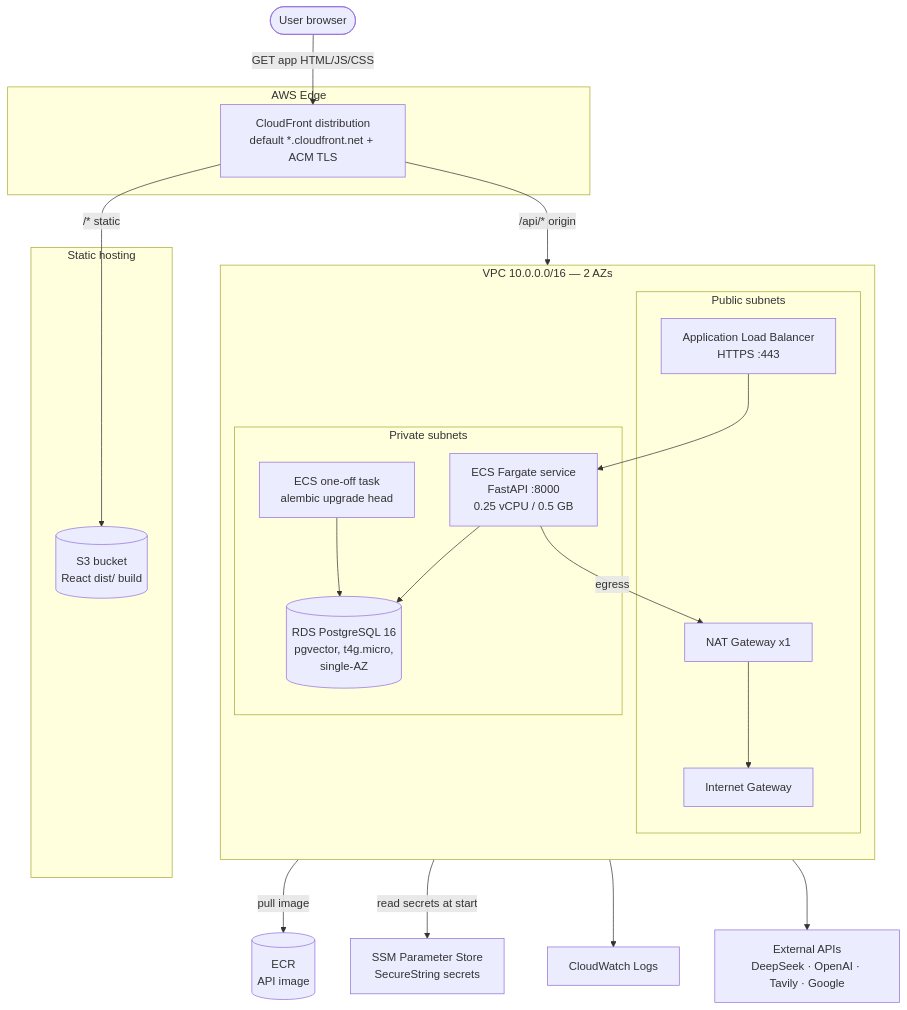
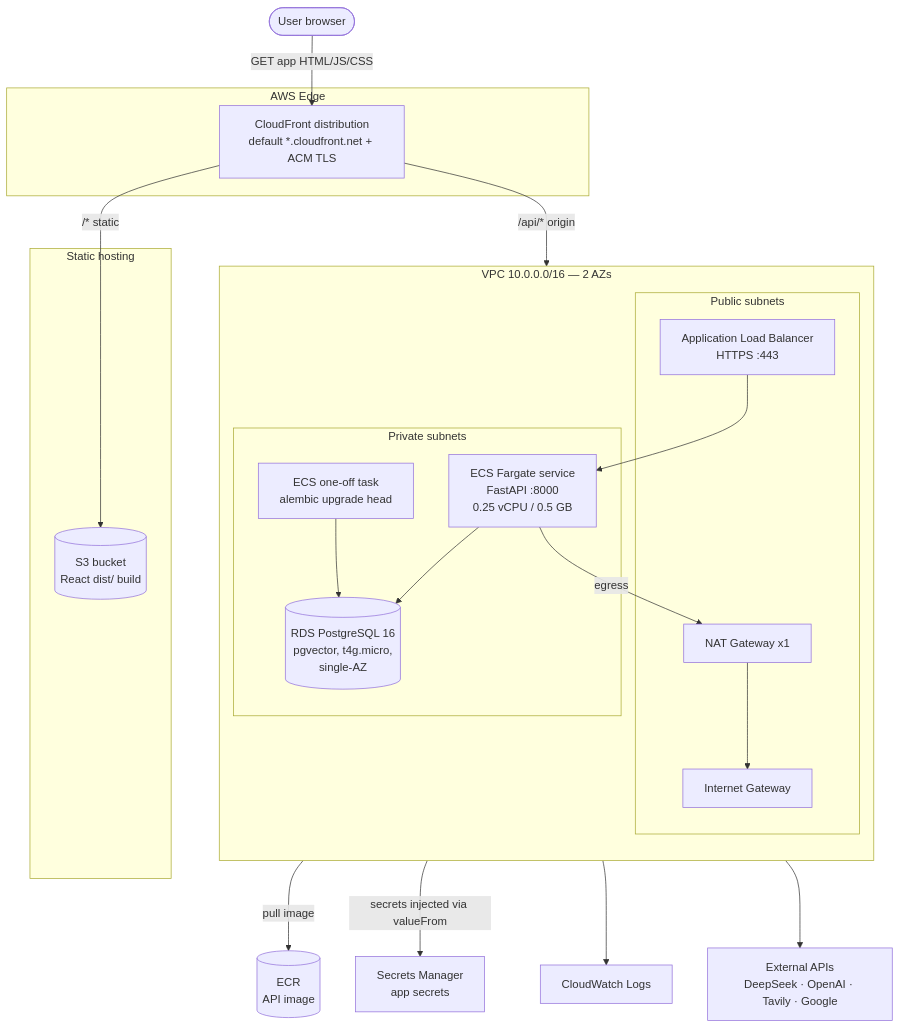
The first of 2 diagrams in docs/DEPLOYMENT_AWS.md (amdhd/aether), drawn with Mermaid before and after one commit. The commit also changed other lines of this file, not shown here.

First line of the commit message:
docs(aws): align DEPLOYMENT_AWS.md with Secrets Manager implementation

````diff
--- a/docs/DEPLOYMENT_AWS.md
+++ b/docs/DEPLOYMENT_AWS.md
@@ -26,42 +26,42 @@
 ```mermaid
 flowchart TB
     user([User browser])
 
     subgraph edge[AWS Edge]
       cf[CloudFront distribution<br/>default *.cloudfront.net + ACM TLS]
     end
 
     subgraph s3box[Static hosting]
       s3[(S3 bucket<br/>React dist/ build)]
     end
 
     subgraph vpc[VPC 10.0.0.0/16 — 2 AZs]
       direction TB
       subgraph pub[Public subnets]
         alb[Application Load Balancer<br/>HTTPS :443]
         nat[NAT Gateway x1]
         igw[Internet Gateway]
       end
       subgraph priv[Private subnets]
         fargate[ECS Fargate service<br/>FastAPI :8000<br/>0.25 vCPU / 0.5 GB]
         migrate[ECS one-off task<br/>alembic upgrade head]
         rds[(RDS PostgreSQL 16<br/>pgvector, t4g.micro,<br/>single-AZ)]
       end
     end
 
     ecr[(ECR<br/>API image)]
-    ssm[SSM Parameter Store<br/>SecureString secrets]
+    sm[Secrets Manager<br/>app secrets]
     logs[CloudWatch Logs]
     ext[External APIs<br/>DeepSeek · OpenAI · Tavily · Google]
 
     user -->|GET app HTML/JS/CSS| cf
     cf -->|/* static| s3
     cf -->|/api/* origin| alb
     alb --> fargate
     fargate --> rds
     migrate --> rds
     fargate -->|pull image| ecr
-    fargate -->|read secrets at start| ssm
+    fargate -->|secrets injected via valueFrom| sm
     fargate --> logs
     fargate -->|egress| nat --> igw --> ext
 ```
````
